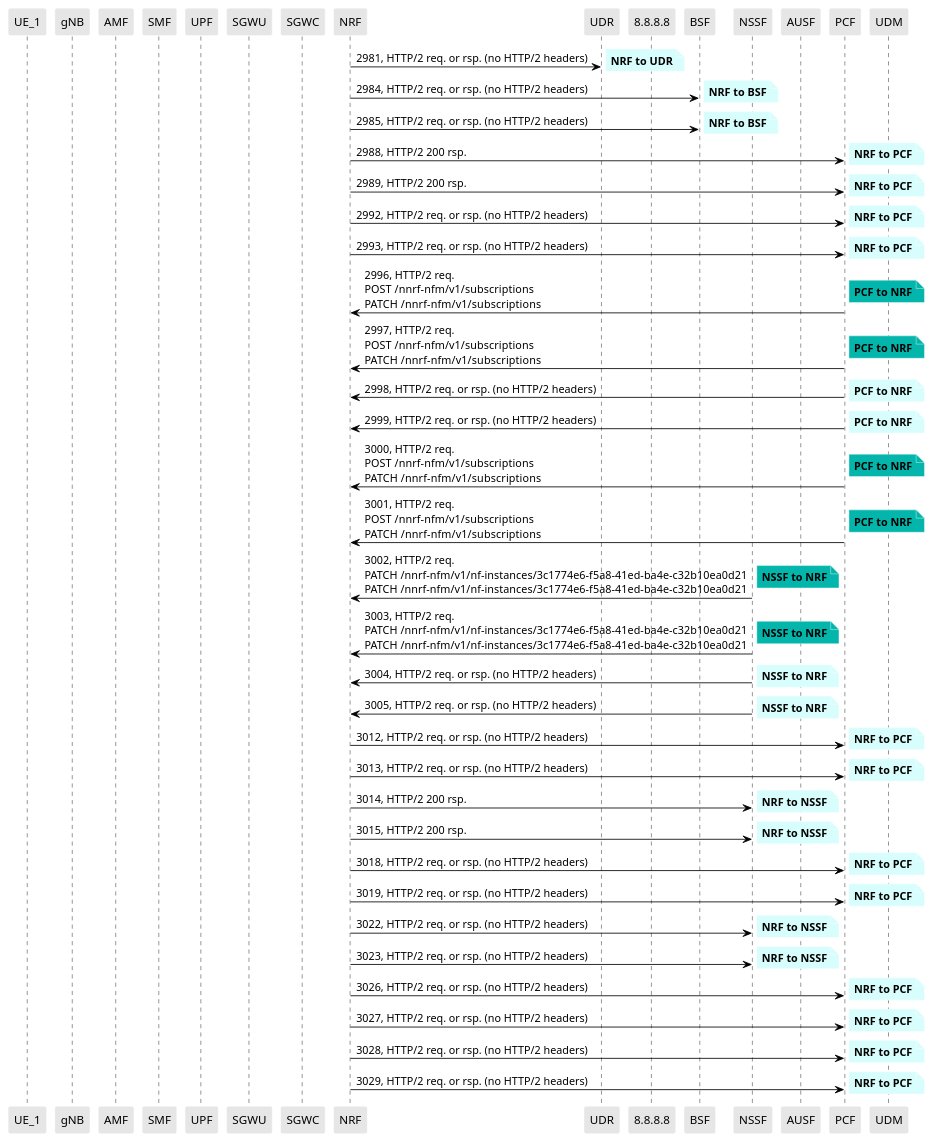
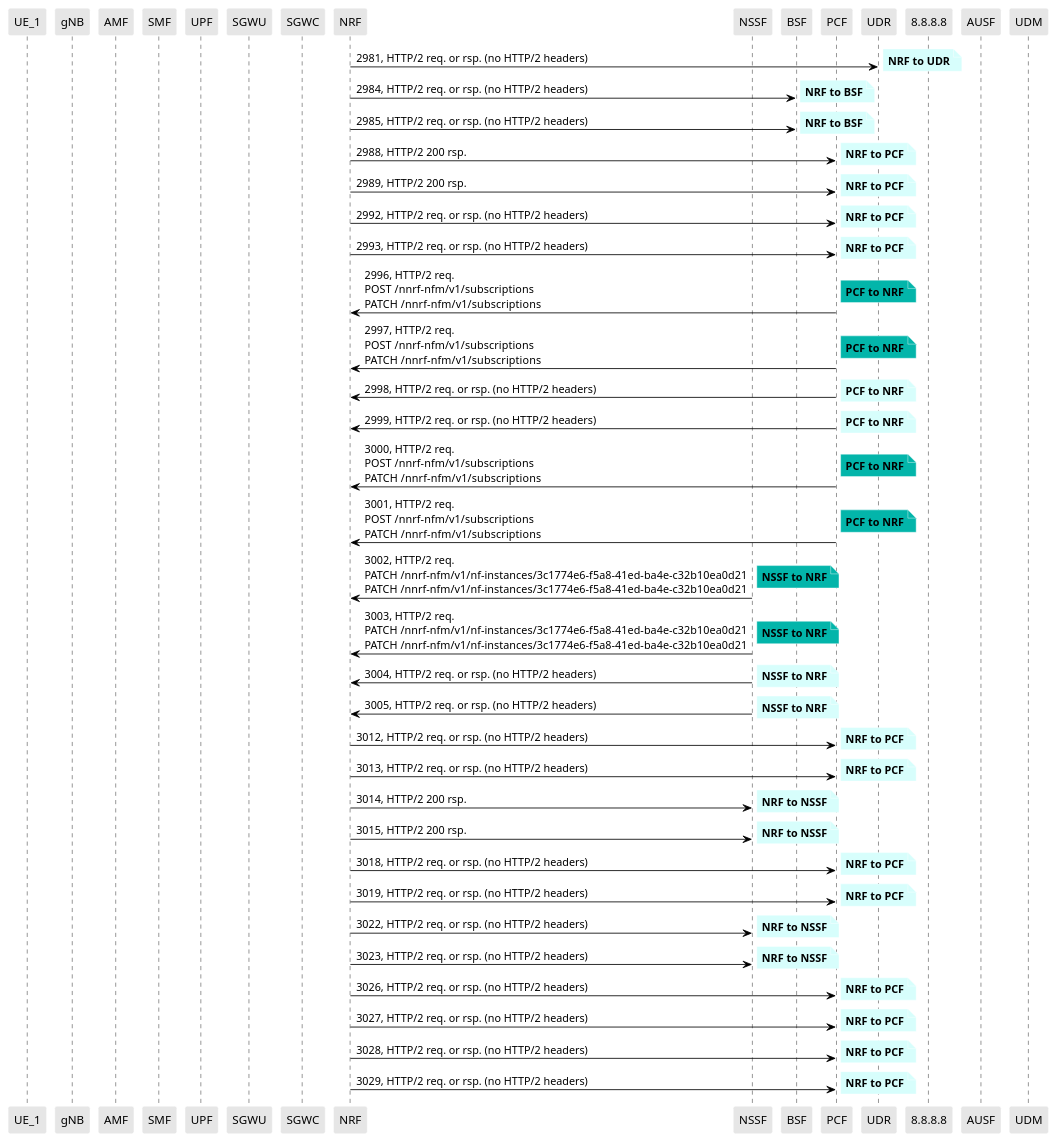
Before and after one commit to lilyhuegerich/5G: the diagram in PCAPS/Core/ns_full_start_one_OS_007.puml, drawn with PlantUML. The commit also changed other lines of this file and 40 other files, not shown here.

```diff
--- a/PCAPS/Core/ns_full_start_one_OS_007.puml
+++ b/PCAPS/Core/ns_full_start_one_OS_007.puml
@@ -16,12 +16,12 @@
 participant "SGWU"
 participant "SGWC"
 participant "NRF"
+participant "NSSF"
+participant "BSF"
+participant "PCF"
 participant "UDR"
 participant "8.8.8.8"
-participant "BSF"
-participant "NSSF"
 participant "AUSF"
-participant "PCF"
 participant "UDM"
 
 "NRF" -> "UDR": 2981, HTTP/2 req. or rsp. (no HTTP/2 headers)
```
